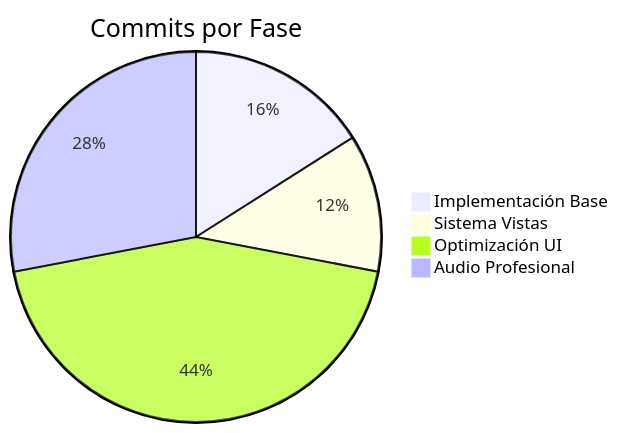
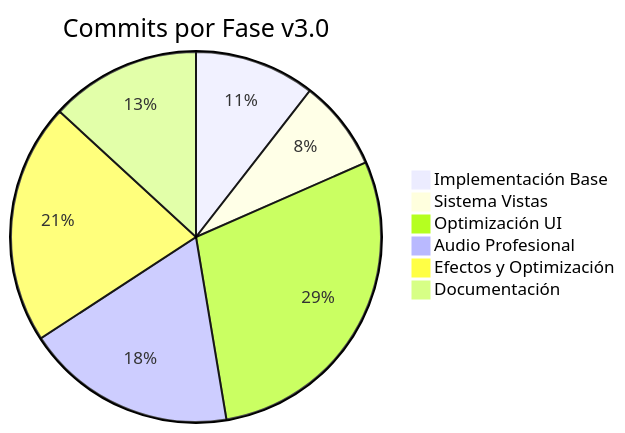
The tenth of 10 diagrams in docs/INFORME_TECNICO_PRODUCTO.md (Camionerou/TP-FINAL-2025-Drum-Machine), drawn with Mermaid before and after one commit. The commit also changed other lines of this file, not shown here.

````diff
--- a/docs/INFORME_TECNICO_PRODUCTO.md
+++ b/docs/INFORME_TECNICO_PRODUCTO.md
@@ -876,7 +985,9 @@
 ```mermaid
-pie title Commits por Fase
+pie title Commits por Fase v3.0
     "Implementación Base" : 4
     "Sistema Vistas" : 3
     "Optimización UI" : 11
     "Audio Profesional" : 7
+    "Efectos y Optimización" : 8
+    "Documentación" : 5
 ```
````
